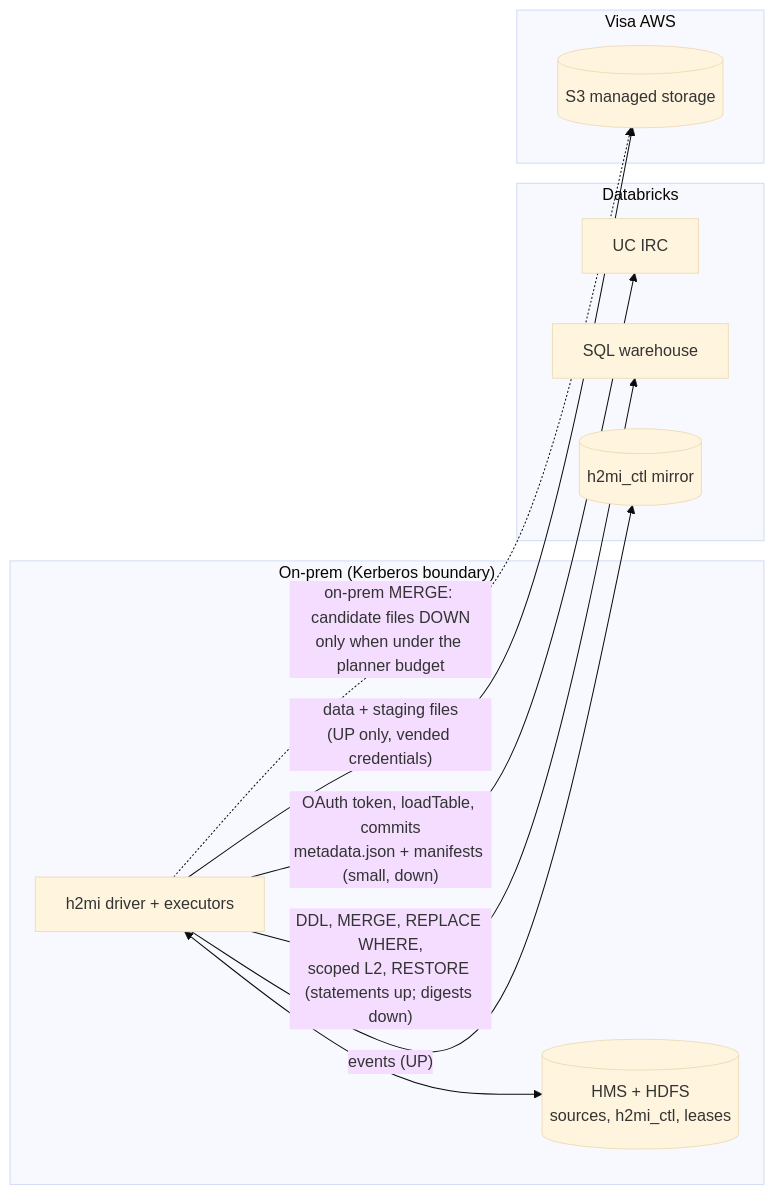
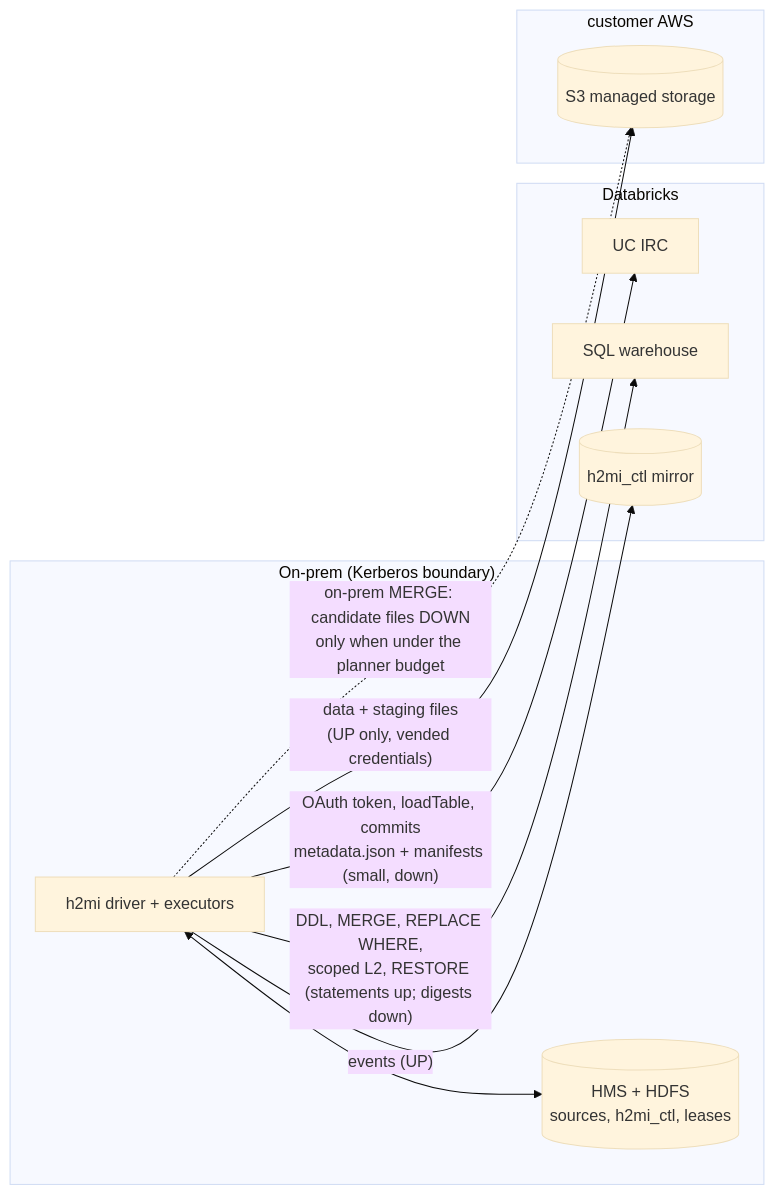
Before and after one commit to databricks-solutions/specialist-offerings: the sixth of 6 diagrams in docs/process_flow.md, drawn with Mermaid (base theme). The commit also changed other lines of this file and 18 other files, not shown here.

````diff
--- a/docs/process_flow.md
+++ b/docs/process_flow.md
@@ -169,21 +169,21 @@
 ```mermaid
 flowchart LR
   subgraph ONPREM["On-prem (Kerberos boundary)"]
     DRV["h2mi driver + executors"]
     HMS[("HMS + HDFS<br/>sources, h2mi_ctl, leases")]
   end
   subgraph DBX["Databricks"]
     IRC["UC IRC"]
     SQL["SQL warehouse"]
     MIR[("h2mi_ctl mirror")]
   end
-  subgraph AWS["Visa AWS"]
+  subgraph AWS["customer AWS"]
     S3[("S3 managed storage")]
   end
   DRV <--> HMS
   DRV -- "OAuth token, loadTable, commits<br/>metadata.json + manifests (small, down)" --> IRC
   DRV -- "data + staging files<br/>(UP only, vended credentials)" --> S3
   DRV -- "DDL, MERGE, REPLACE WHERE,<br/>scoped L2, RESTORE (statements up; digests down)" --> SQL
   DRV -- "events (UP)" --> MIR
   DRV -. "on-prem MERGE: candidate files DOWN<br/>only when under the planner budget" .-> S3
 ```
````
